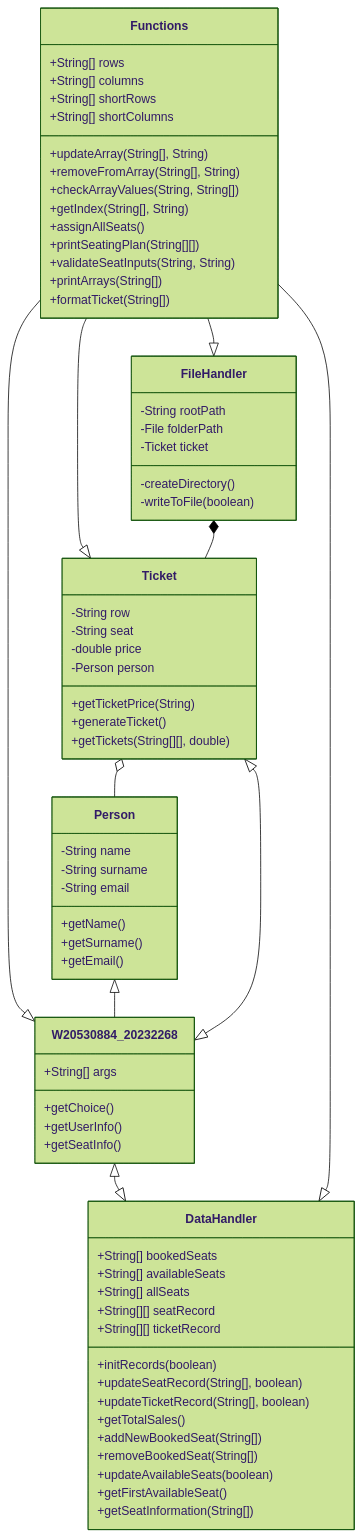
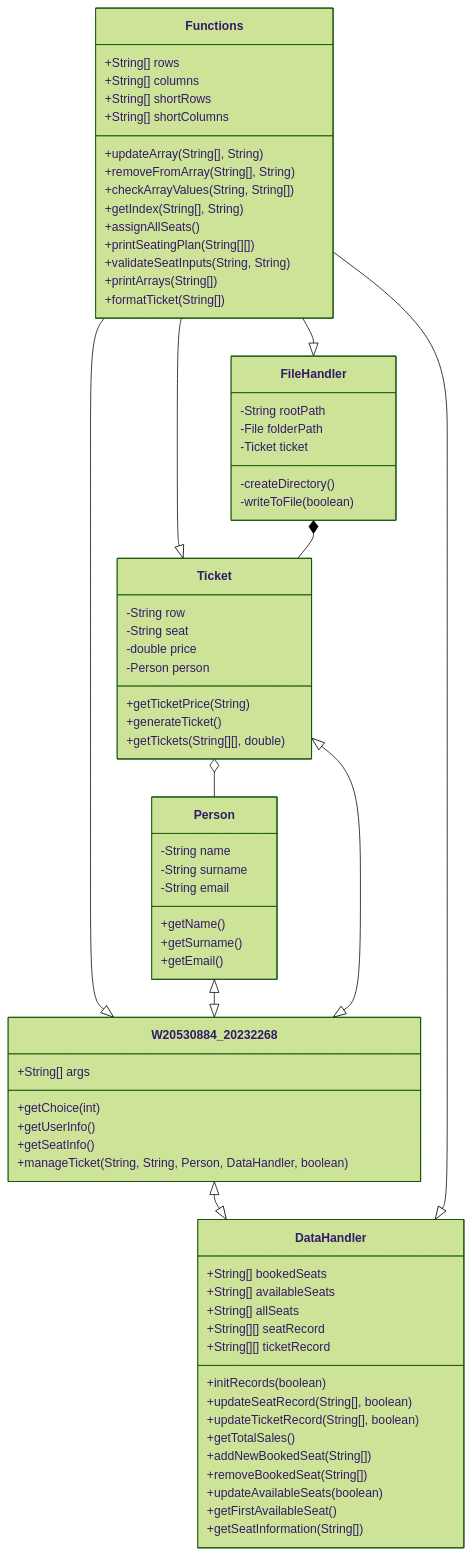
The diagram in README.md (anuja-rahul/booking-app-javaCW), drawn with Mermaid (forest theme) before and after one commit. The commit also changed 1 other file, not shown here.

Commit message:
changes to class diagram

````diff
--- a/README.md
+++ b/README.md
@@ -27,82 +27,83 @@
 ```mermaid
 
 classDiagram
   W20530884_20232268 <|--|> DataHandler
 
   Functions --|> W20530884_20232268
   Functions --|> DataHandler
   Functions --|> Ticket
   Functions --|> FileHandler
 
-  Person <|-- W20530884_20232268
+  Person <|--|> W20530884_20232268
   Ticket <|--|> W20530884_20232268
   Ticket o-- Person
   FileHandler *-- Ticket
 
   W20530884_20232268 : +String[] args
-  W20530884_20232268: +getChoice()
+  W20530884_20232268: +getChoice(int)
   W20530884_20232268: +getUserInfo()
   W20530884_20232268: +getSeatInfo()
+  W20530884_20232268: +manageTicket(String, String, Person, DataHandler, boolean)
   class DataHandler{
     +String[] bookedSeats
     +String[] availableSeats
     +String[] allSeats
     +String[][] seatRecord
     +String[][] ticketRecord
     +initRecords(boolean)
     +updateSeatRecord(String[], boolean)
     +updateTicketRecord(String[], boolean)
     +getTotalSales()
     +addNewBookedSeat(String[])
     +removeBookedSeat(String[])
     +updateAvailableSeats(boolean)
     +getFirstAvailableSeat()
     +getSeatInformation(String[])
   }
 
   class FileHandler{
     -String rootPath
     -File folderPath
     -Ticket ticket
     -createDirectory()
     -writeToFile(boolean)
   }
 
   class Ticket{
     -String row
     -String seat
     -double price
     -Person person
     +getTicketPrice(String)
     +generateTicket()
     +getTickets(String[][], double)
   }
 
   class Person{
     -String name
     -String surname
     -String email
     +getName()
     +getSurname()
     +getEmail()
   }
 
   class Functions{
     +String[] rows
     +String[] columns
     +String[] shortRows
     +String[] shortColumns
     +updateArray(String[], String)
     +removeFromArray(String[], String)
     +checkArrayValues(String, String[])
     +getIndex(String[], String)
     +assignAllSeats()
     +printSeatingPlan(String[][])
     +validateSeatInputs(String, String)
     +printArrays(String[])
     +formatTicket(String[])
   }
 
   
 
 ```
````
